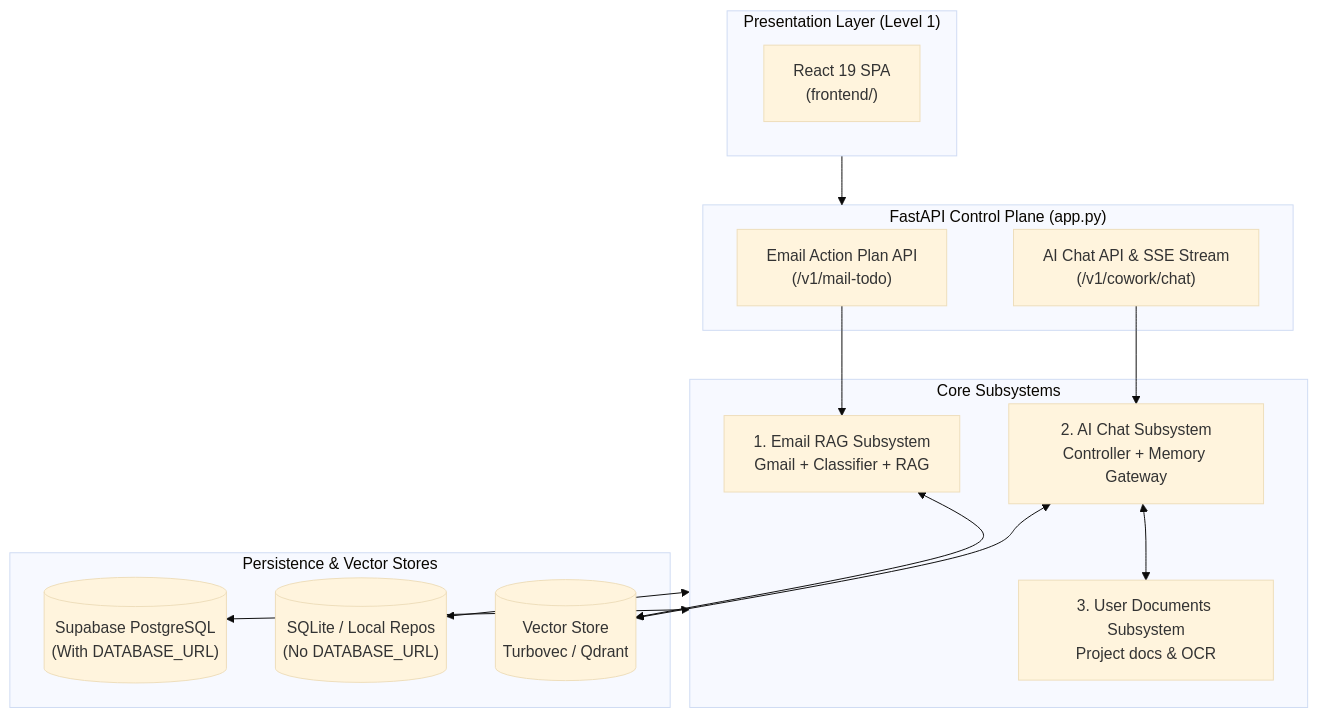
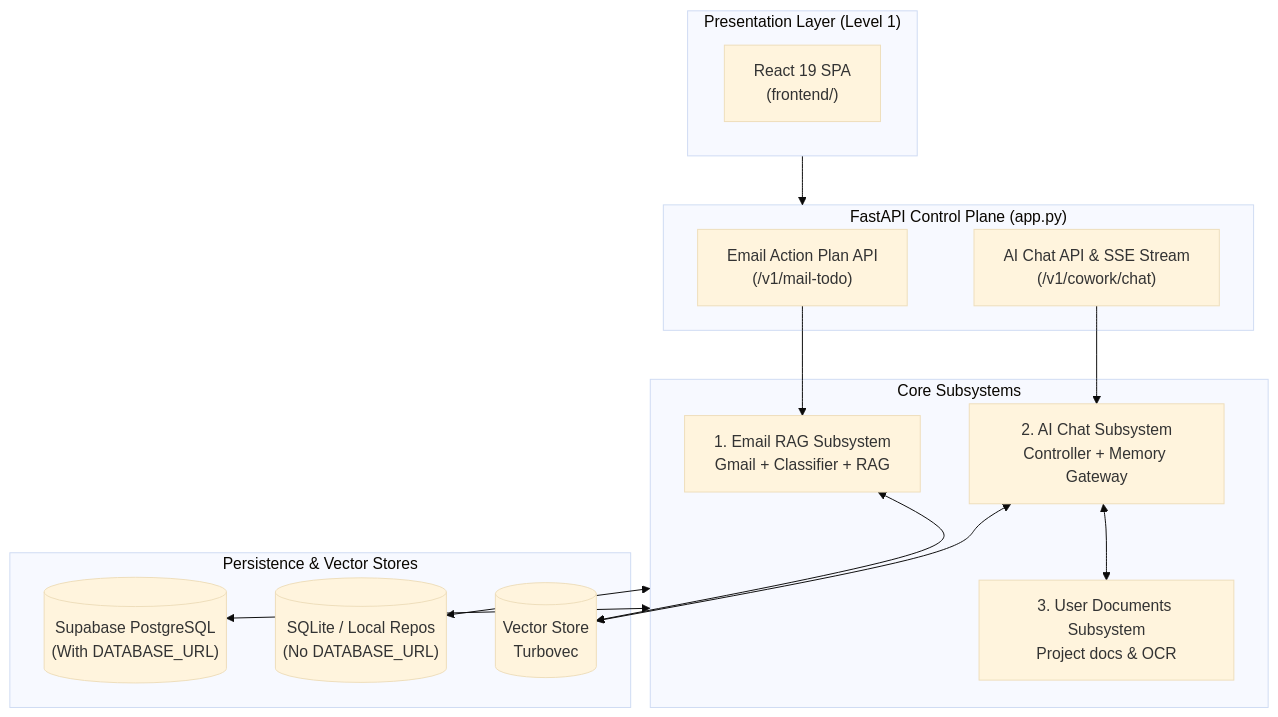
The diagram in docs/architectures/current-architectures/README.md (MathematicGuy/EMAIL-AGENT-v1), drawn with Mermaid (base theme) before and after one commit. The commit also changed other lines of this file and 50 other files, not shown here.

````diff
--- a/docs/architectures/current-architectures/README.md
+++ b/docs/architectures/current-architectures/README.md
@@ -15,33 +15,33 @@
 ```mermaid
 flowchart TB
     subgraph CLIENTS["Presentation Layer (Level 1)"]
         UI_REACT["React 19 SPA<br/>(frontend/)"]
     end
 
     subgraph API["FastAPI Control Plane (app.py)"]
         EMAIL_API["Email Action Plan API<br/>(/v1/mail-todo)"]
         CHAT_API["AI Chat API & SSE Stream<br/>(/v1/cowork/chat)"]
     end
 
     subgraph SUBSYSTEMS["Core Subsystems"]
         SUB_EMAIL["1. Email RAG Subsystem<br/>Gmail + Classifier + RAG"]
         SUB_CHAT["2. AI Chat Subsystem<br/>Controller + Memory Gateway"]
         SUB_DOCS["3. User Documents Subsystem<br/>Project docs & OCR"]
     end
 
     subgraph STORES["Persistence & Vector Stores"]
         DB_LOCAL[("SQLite / Local Repos<br/>(No DATABASE_URL)")]
         DB_PG[("Supabase PostgreSQL<br/>(With DATABASE_URL)")]
-        VECTOR[("Vector Store<br/>Turbovec / Qdrant")]
+        VECTOR[("Vector Store<br/>Turbovec")]
     end
 
     CLIENTS --> API
     EMAIL_API --> SUB_EMAIL
     CHAT_API --> SUB_CHAT
     SUB_CHAT <--> SUB_DOCS
     
     SUB_EMAIL <--> VECTOR
     SUB_CHAT <--> VECTOR
     SUBSYSTEMS <--> DB_LOCAL
     SUBSYSTEMS <--> DB_PG
 ```
````
